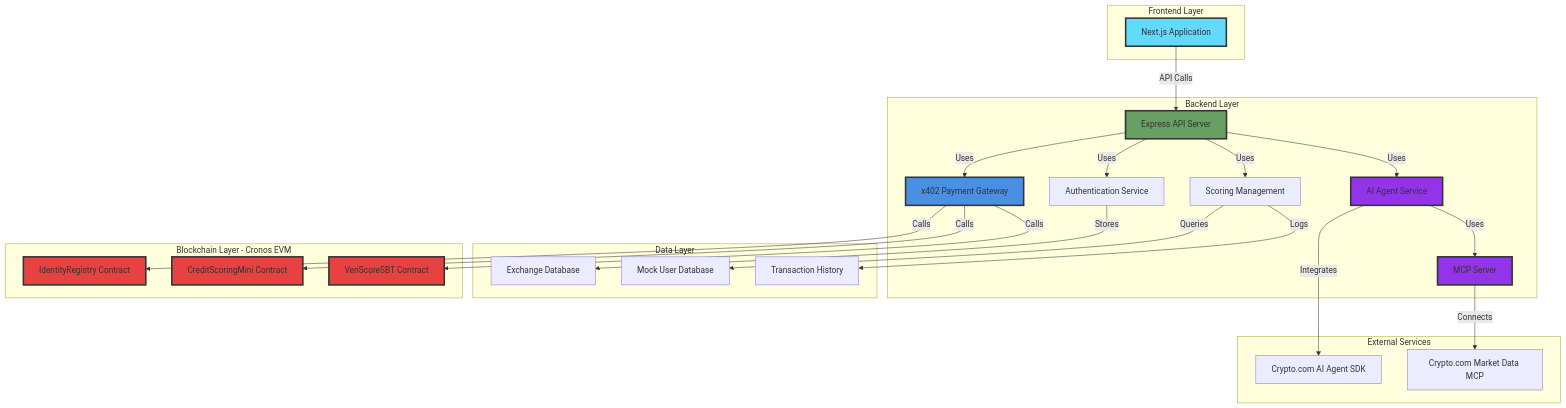
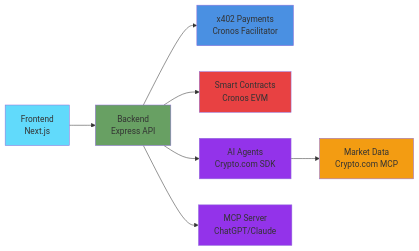
Before and after one commit to Kalchaqui/VeriPass: the diagram in README.md, drawn with Mermaid. The commit also changed other lines of this file and 2 other files, not shown here.

Commit message:
Update: Improved README architecture diagram and added presentation texts

````diff
--- a/README.md
+++ b/README.md
@@ -37,56 +36,17 @@
 ```mermaid
-graph TB
-    subgraph FL["Frontend Layer"]
-        A["Next.js Application"]
-    end
-
-    subgraph BL["Backend Layer"]
-        D["Express API Server"]
-        F["Authentication Service"]
-        G["Scoring Management"]
-        E["x402 Payment Gateway"]
-        AI["AI Agent Service"]
-        MCP["MCP Server"]
-    end
-
-    subgraph DL["Data Layer"]
-        K["Exchange Database"]
-        M["Mock User Database"]
-        L["Transaction History"]
-    end
-
-    subgraph BCL["Blockchain Layer - Cronos EVM"]
-        H["IdentityRegistry Contract"]
-        I["CreditScoringMini Contract"]
-        J["VeriScoreSBT Contract"]
-    end
-
-    subgraph EXT["External Services"]
-        CDC["Crypto.com AI Agent SDK"]
-        MKT["Crypto.com Market Data MCP"]
-    end
-
-    A -->|"API Calls"| D
-    D -->|"Uses"| F
-    D -->|"Uses"| G
-    D -->|"Uses"| E
-    D -->|"Uses"| AI
-    AI -->|"Integrates"| CDC
-    AI -->|"Uses"| MCP
-    MCP -->|"Connects"| MKT
-    F -->|"Stores"| K
-    G -->|"Queries"| M
-    G -->|"Logs"| L
-    E -->|"Calls"| H
-    E -->|"Calls"| I
-    E -->|"Calls"| J
-
-    style A fill:#61dafb,stroke:#333,stroke-width:3px
-    style D fill:#68a063,stroke:#333,stroke-width:3px
-    style E fill:#4a90e2,stroke:#333,stroke-width:3px
-    style AI fill:#9333ea,stroke:#333,stroke-width:3px
-    style MCP fill:#9333ea,stroke:#333,stroke-width:3px
-    style H fill:#e84142,stroke:#333,stroke-width:3px
-    style I fill:#e84142,stroke:#333,stroke-width:3px
-    style J fill:#e84142,stroke:#333,stroke-width:3px
+graph LR
+    A["Frontend<br/>Next.js"] --> B["Backend<br/>Express API"]
+    B --> C["x402 Payments<br/>Cronos Facilitator"]
+    B --> D["Smart Contracts<br/>Cronos EVM"]
+    B --> E["AI Agents<br/>Crypto.com SDK"]
+    B --> F["MCP Server<br/>ChatGPT/Claude"]
+    E --> G["Market Data<br/>Crypto.com MCP"]
+    
+    style A fill:#61dafb
+    style B fill:#68a063
+    style C fill:#4a90e2
+    style D fill:#e84142
+    style E fill:#9333ea
+    style F fill:#9333ea
+    style G fill:#f39c12
 ```
````
